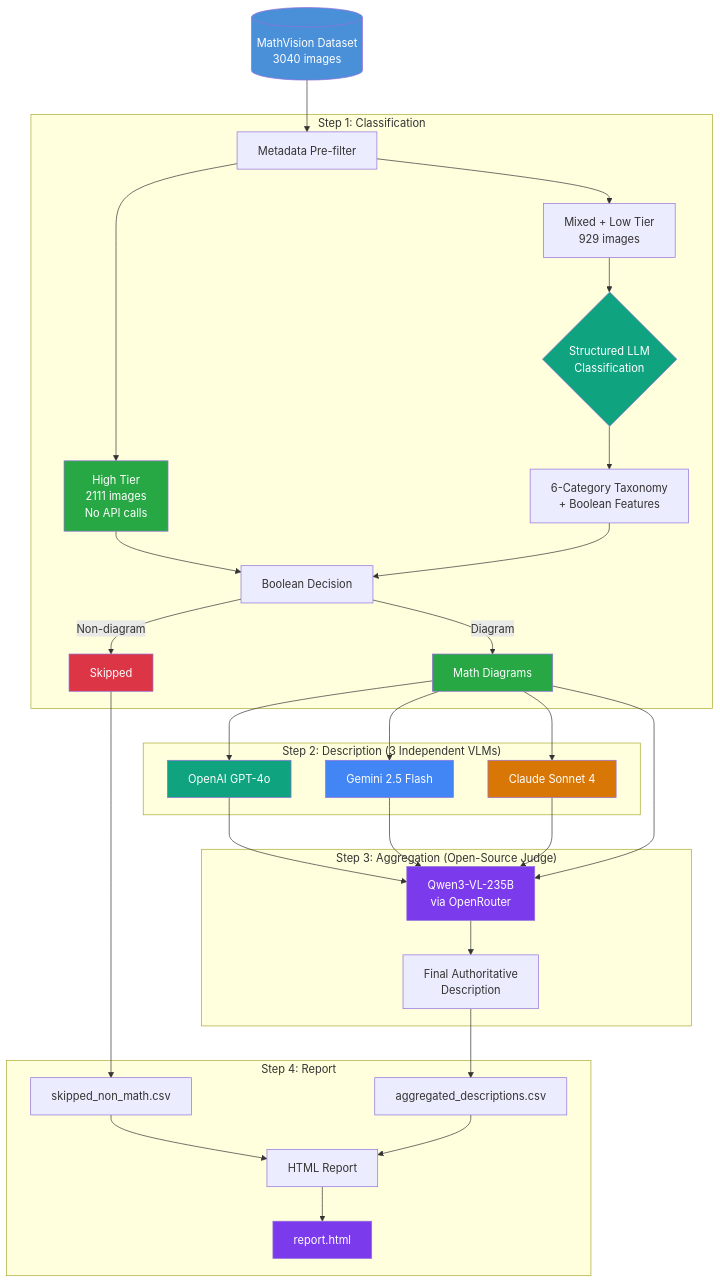
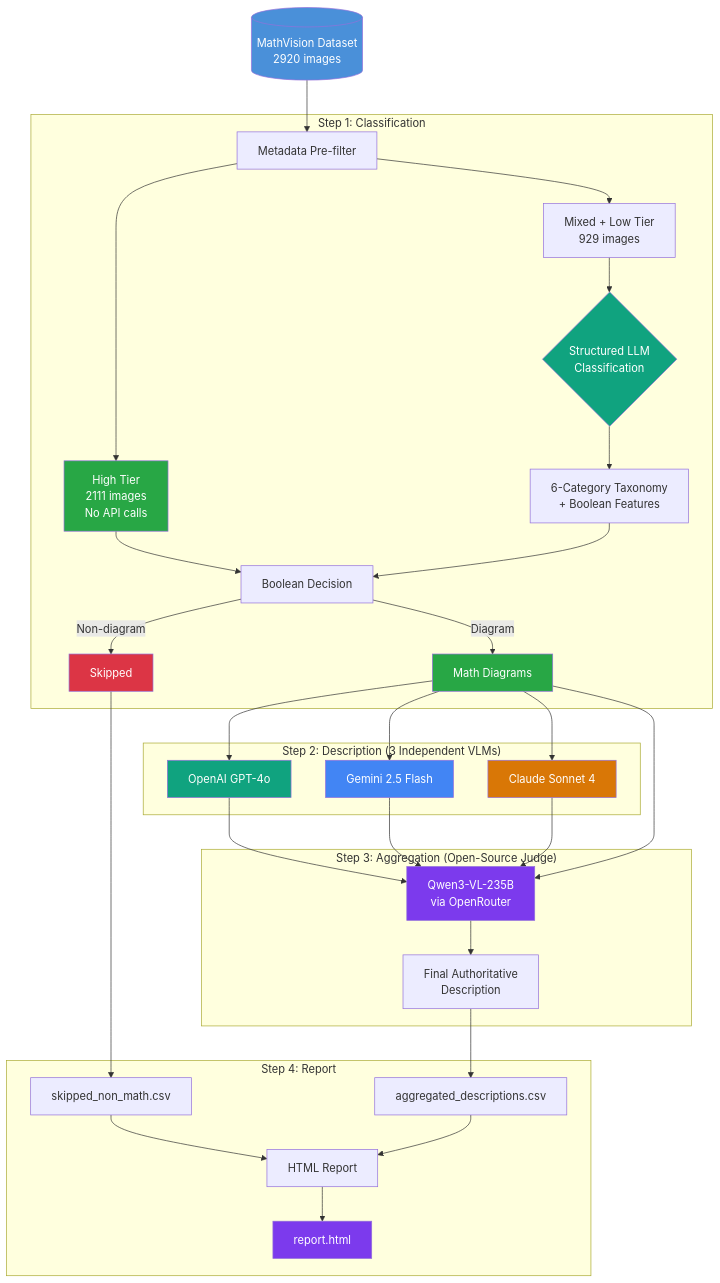
The diagram in README.md (diagram-ai/mathvdiagram), drawn with Mermaid before and after one commit. The commit also changed other lines of this file, not shown here.

````diff
--- a/README.md
+++ b/README.md
@@ -72,50 +72,50 @@
 ```mermaid
 flowchart TD
-    A[(MathVision Dataset<br/>3040 images)] --> B
+    A[(MathVision Dataset<br/>2920 images)] --> B
 
     subgraph Step1["Step 1: Classification"]
         B[Metadata Pre-filter] --> C1[High Tier<br/>2111 images<br/>No API calls]
         B --> C2[Mixed + Low Tier<br/>929 images]
         C2 --> D{Structured LLM<br/>Classification}
         D --> E[6-Category Taxonomy<br/>+ Boolean Features]
         C1 --> F
         E --> F[Boolean Decision]
         F -->|Diagram| G[Math Diagrams]
         F -->|Non-diagram| H[Skipped]
     end
 
     H --> H1[skipped_non_math.csv]
 
     subgraph Step2["Step 2: Description (3 Independent VLMs)"]
         G --> I[OpenAI GPT-4o]
         G --> J[Gemini 2.5 Flash]
         G --> K[Claude Sonnet 4]
     end
 
     subgraph Step3["Step 3: Aggregation (Open-Source Judge)"]
         I --> L[Qwen3-VL-235B<br/>via OpenRouter]
         J --> L
         K --> L
         G --> L
         L --> M[Final Authoritative<br/>Description]
     end
 
     M --> N[aggregated_descriptions.csv]
 
     subgraph Step4["Step 4: Report"]
         H1 --> O[HTML Report]
         N --> O
         O --> P[report.html]
     end
 
     style A fill:#4a90d9,color:#fff
     style D fill:#10a37f,color:#fff
     style I fill:#10a37f,color:#fff
     style J fill:#4285f4,color:#fff
     style K fill:#d97706,color:#fff
     style L fill:#7c3aed,color:#fff
     style P fill:#7c3aed,color:#fff
     style H fill:#dc3545,color:#fff
     style G fill:#28a745,color:#fff
     style C1 fill:#28a745,color:#fff
 ```
````
